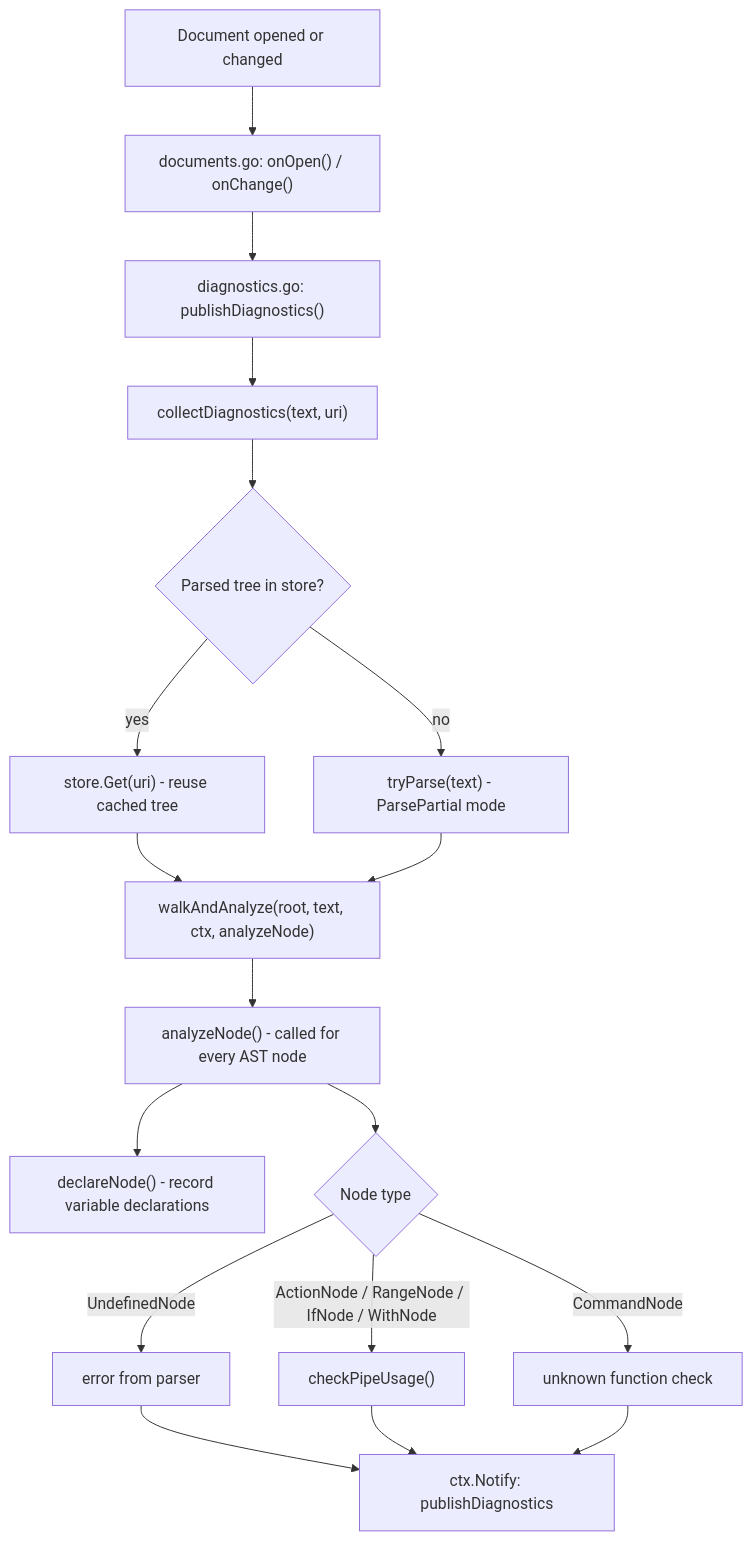
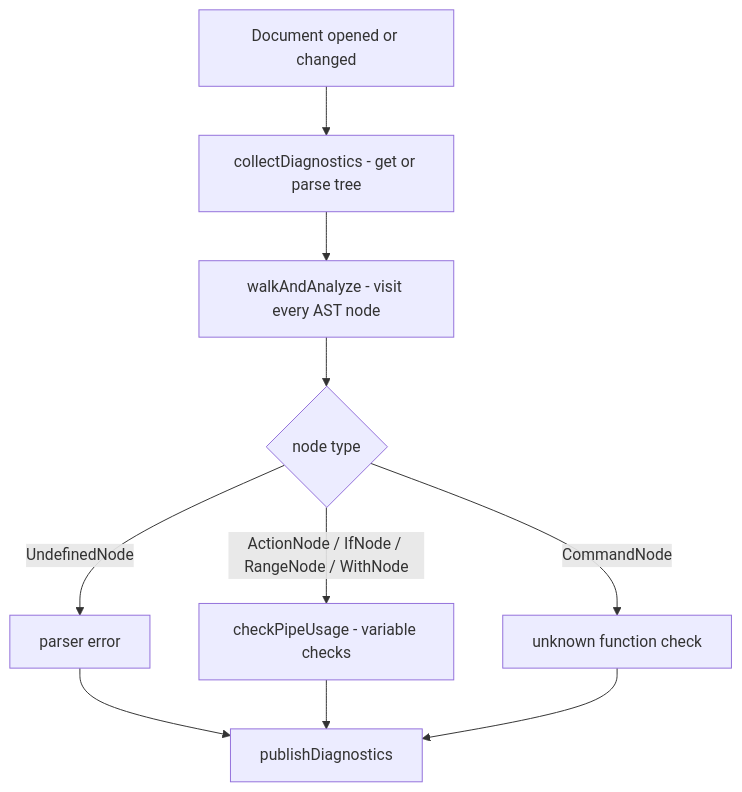
Before and after one commit to allseas/go-template-lsp: the diagram in docs/features/diagnostics.md, drawn with Mermaid. The commit also changed 6 other files, not shown here.

Commit message:
docs: simplified the flowcharts

````diff
--- a/docs/features/diagnostics.md
+++ b/docs/features/diagnostics.md
@@ -20,20 +20,10 @@
 ```mermaid
 flowchart TD
-    A[Document opened or changed] --> B["documents.go: onOpen() / onChange()"]
-    B --> C["diagnostics.go: publishDiagnostics()"]
-    C --> D["collectDiagnostics(text, uri)"]
-    D --> E{"Parsed tree in store?"}
-    E -->|yes| F["store.Get(uri) - reuse cached tree"]
-    E -->|no| G["tryParse(text) - ParsePartial mode"]
-    F --> H["walkAndAnalyze(root, text, ctx, analyzeNode)"]
-    G --> H
-    H --> I["analyzeNode() - called for every AST node"]
-    I --> J["declareNode() - record variable declarations"]
-    I --> K{Node type}
-    K -->|UndefinedNode| L[error from parser]
-    K -->|"ActionNode / RangeNode / IfNode / WithNode"| M["checkPipeUsage()"]
-    K -->|CommandNode| N[unknown function check]
-    L --> O["ctx.Notify: publishDiagnostics"]
-    M --> O
-    N --> O
+    A[Document opened or changed] --> B["collectDiagnostics - get or parse tree"]
+    B --> C["walkAndAnalyze - visit every AST node"]
+    C --> D{node type}
+    D -->|UndefinedNode| E[parser error]
+    D -->|"ActionNode / IfNode / RangeNode / WithNode"| F["checkPipeUsage - variable checks"]
+    D -->|CommandNode| G[unknown function check]
+    E & F & G --> H[publishDiagnostics]
 ```
````
